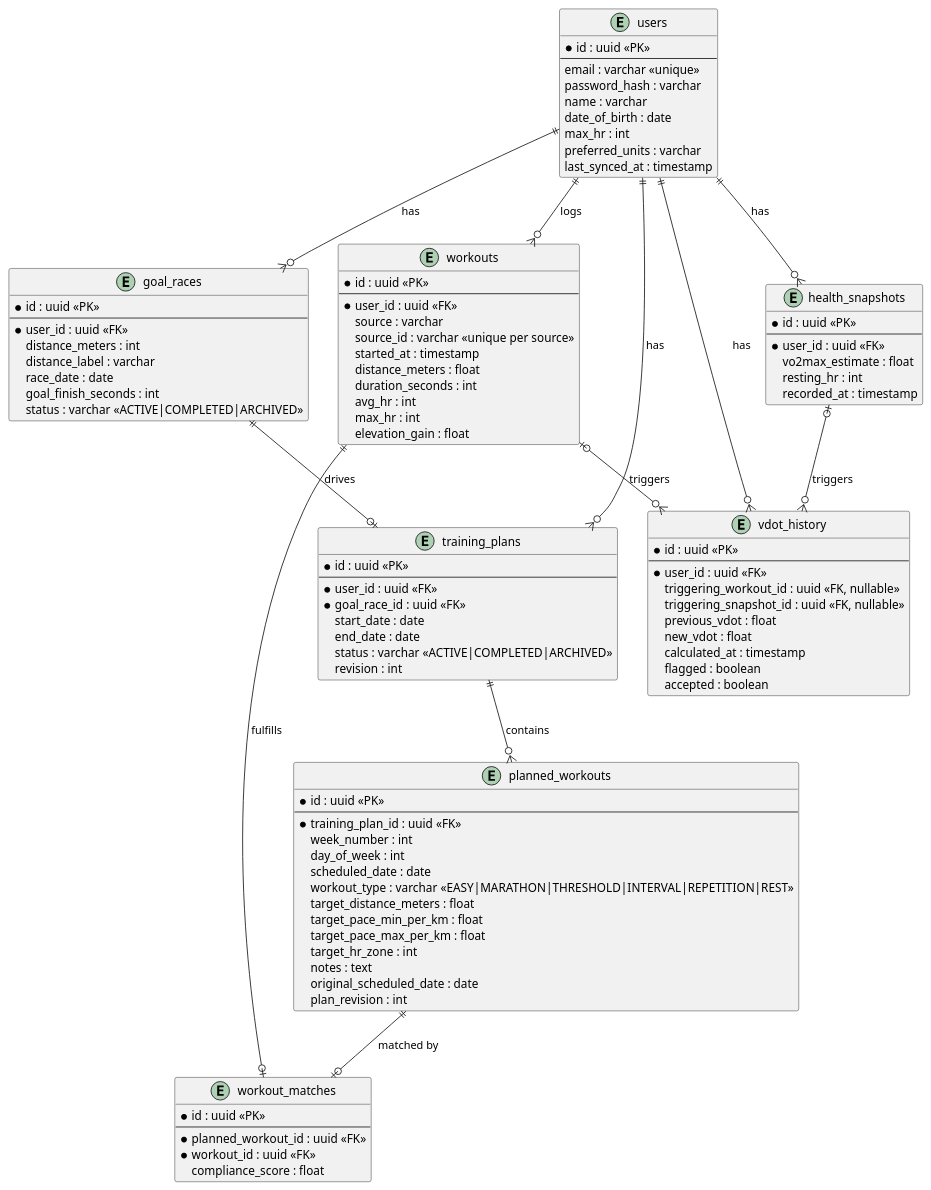
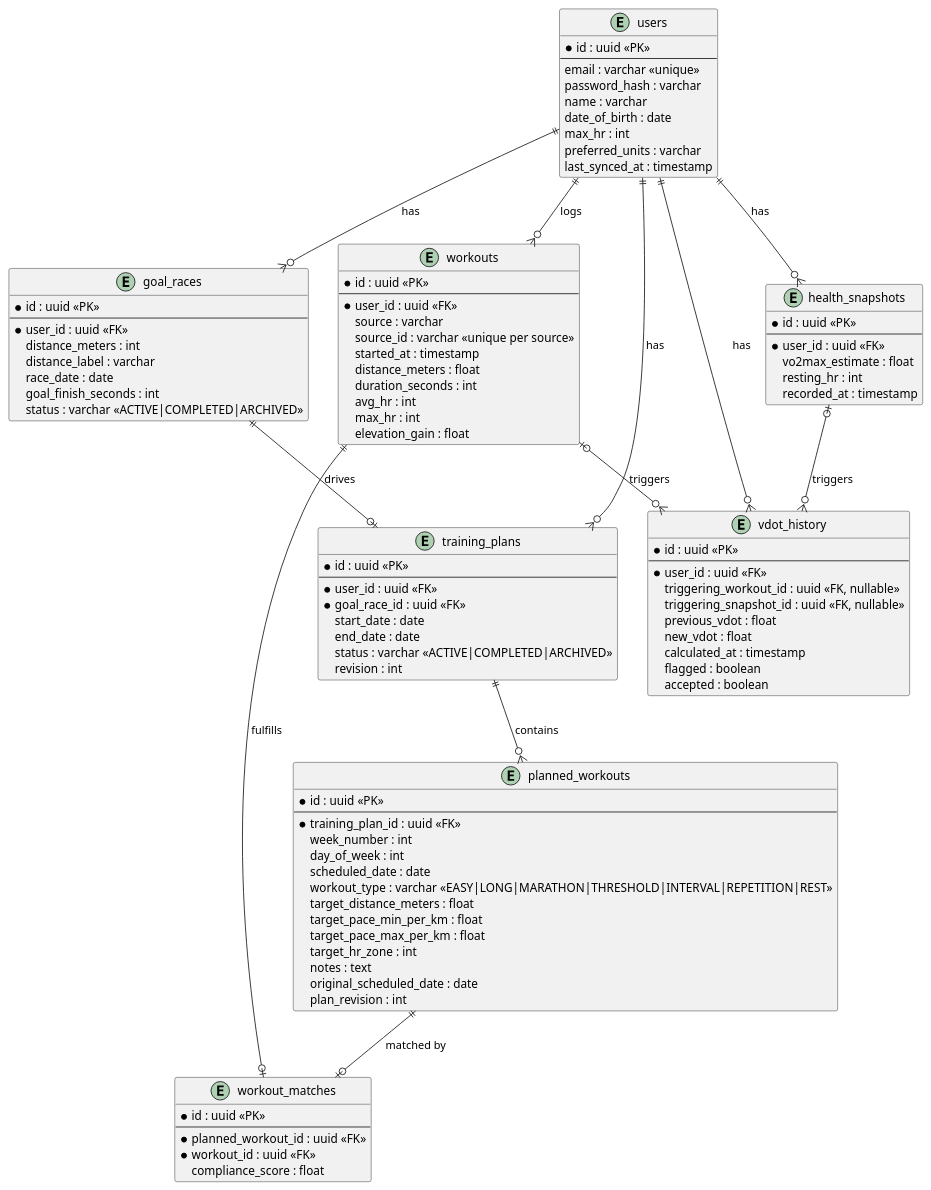
The diagram in docs/superpowers/specs/2026-03-24-run-planner-design.md (ajones8131/run-planner), drawn with PlantUML before and after one commit. The commit also changed 1 other file, not shown here.

Commit message:
docs: address spec review feedback for training plans design
Fix TrainingPaceCalculator return type documentation, move calculator
to generator dependency, add @Component cross-cutting note, add LONG
to parent spec workout_type values.

```diff
--- a/docs/superpowers/specs/2026-03-24-run-planner-design.md
+++ b/docs/superpowers/specs/2026-03-24-run-planner-design.md
@@ -164,7 +164,7 @@
     week_number : int
     day_of_week : int
     scheduled_date : date
-    workout_type : varchar <<EASY|MARATHON|THRESHOLD|INTERVAL|REPETITION|REST>>
+    workout_type : varchar <<EASY|LONG|MARATHON|THRESHOLD|INTERVAL|REPETITION|REST>>
     target_distance_meters : float
     target_pace_min_per_km : float
     target_pace_max_per_km : float
```
